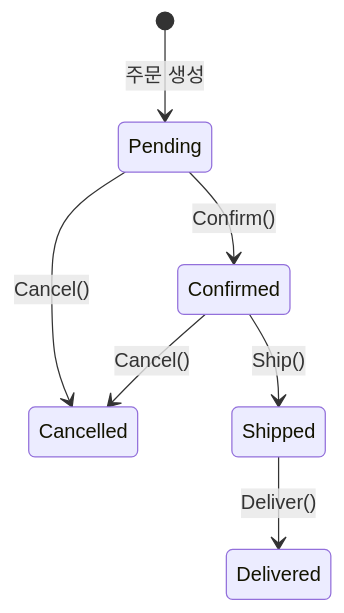
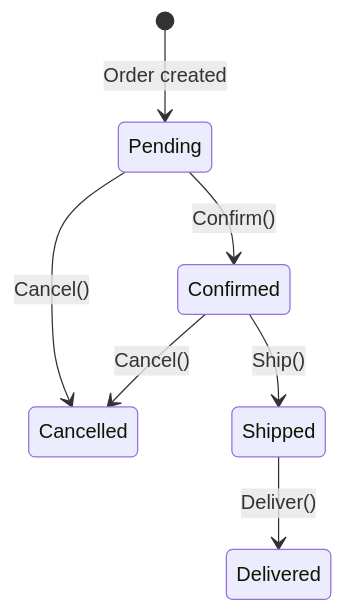
The first of 2 diagrams in Docs.Site/src/content/docs/samples/ecommerce-ddd/domain/01-type-design-decisions.md (hhko/Functorium), drawn with Mermaid before and after one commit. The commit also changed other lines of this file and 39 other files, not shown here.

Commit message:
docs(i18n): ecommerce-ddd 샘플, architecture-rules 튜토리얼, specification 서론 영문 번역

````diff
--- a/Docs.Site/src/content/docs/samples/ecommerce-ddd/domain/01-type-design-decisions.md
+++ b/Docs.Site/src/content/docs/samples/ecommerce-ddd/domain/01-type-design-decisions.md
@@ -169,9 +169,9 @@
 ```mermaid
 stateDiagram-v2
-    [*] --> Pending : 주문 생성
+    [*] --> Pending : Order created
     Pending --> Confirmed : Confirm()
     Pending --> Cancelled : Cancel()
     Confirmed --> Shipped : Ship()
     Confirmed --> Cancelled : Cancel()
     Shipped --> Delivered : Deliver()
 ```
````
